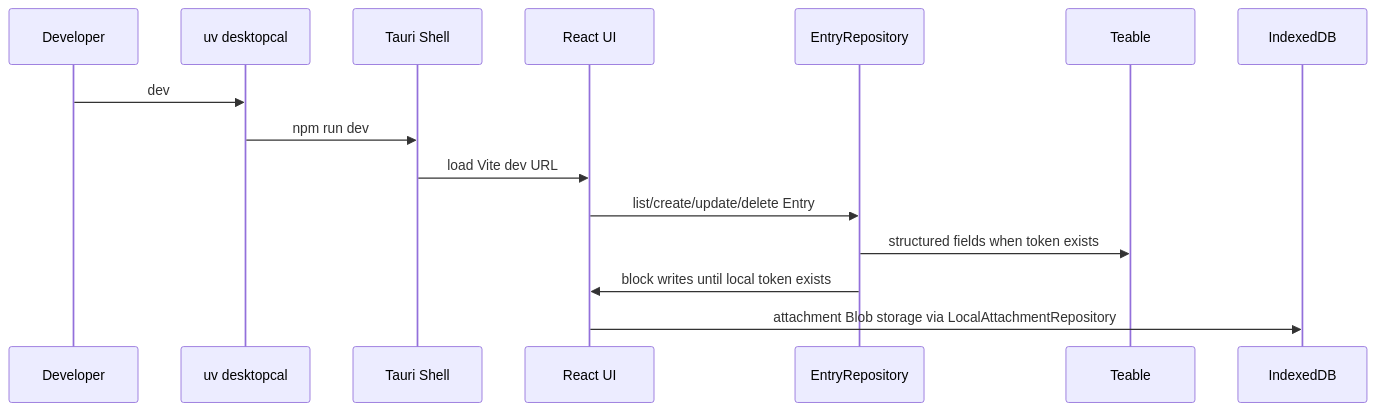
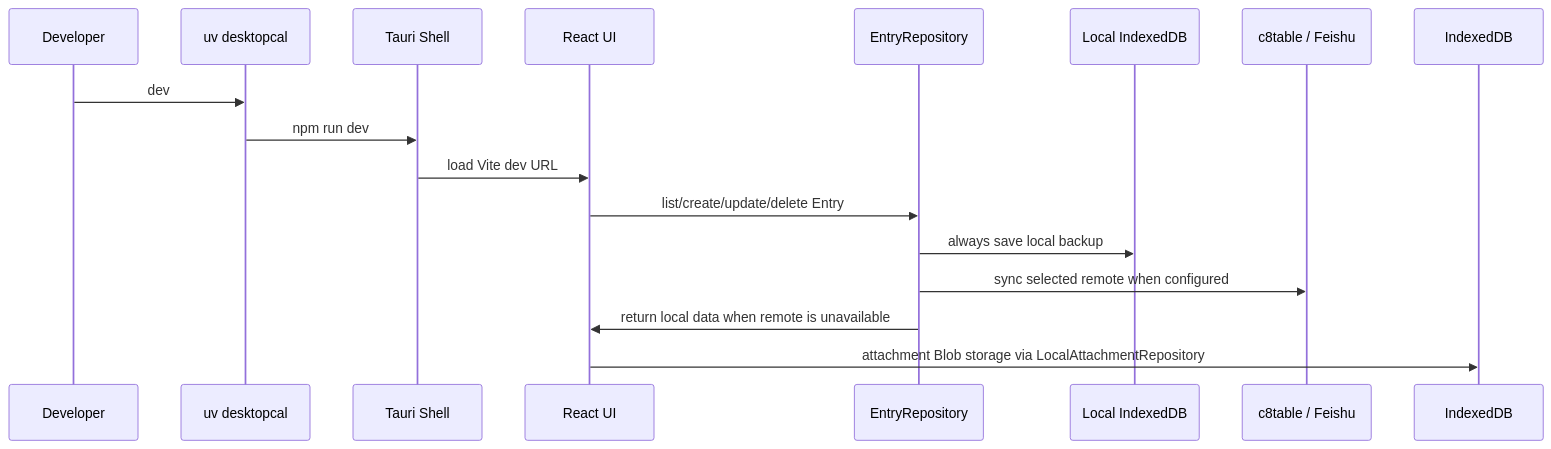
One commit to HANSEN749/desktopcal-c8table changed the second of 2 diagrams in docs/ARCHITECTURE.md. Above: the diagram before and after it, drawn with Mermaid. The commit also changed other lines of this file and 13 other files, not shown here.

````diff
--- a/docs/ARCHITECTURE.md
+++ b/docs/ARCHITECTURE.md
@@ -48,18 +50,20 @@
 ```mermaid
 sequenceDiagram
   participant Dev as Developer
   participant UV as uv desktopcal
   participant Tauri as Tauri Shell
   participant UI as React UI
   participant Repo as EntryRepository
-  participant Teable as Teable
+  participant Local as Local IndexedDB
+  participant Teable as c8table / Feishu
   participant IDB as IndexedDB
 
   Dev->>UV: dev
   UV->>Tauri: npm run dev
   Tauri->>UI: load Vite dev URL
   UI->>Repo: list/create/update/delete Entry
-  Repo->>Teable: structured fields when token exists
-  Repo->>UI: block writes until local token exists
+  Repo->>Local: always save local backup
+  Repo->>Teable: sync selected remote when configured
+  Repo->>UI: return local data when remote is unavailable
   UI->>IDB: attachment Blob storage via LocalAttachmentRepository
 ```
````
